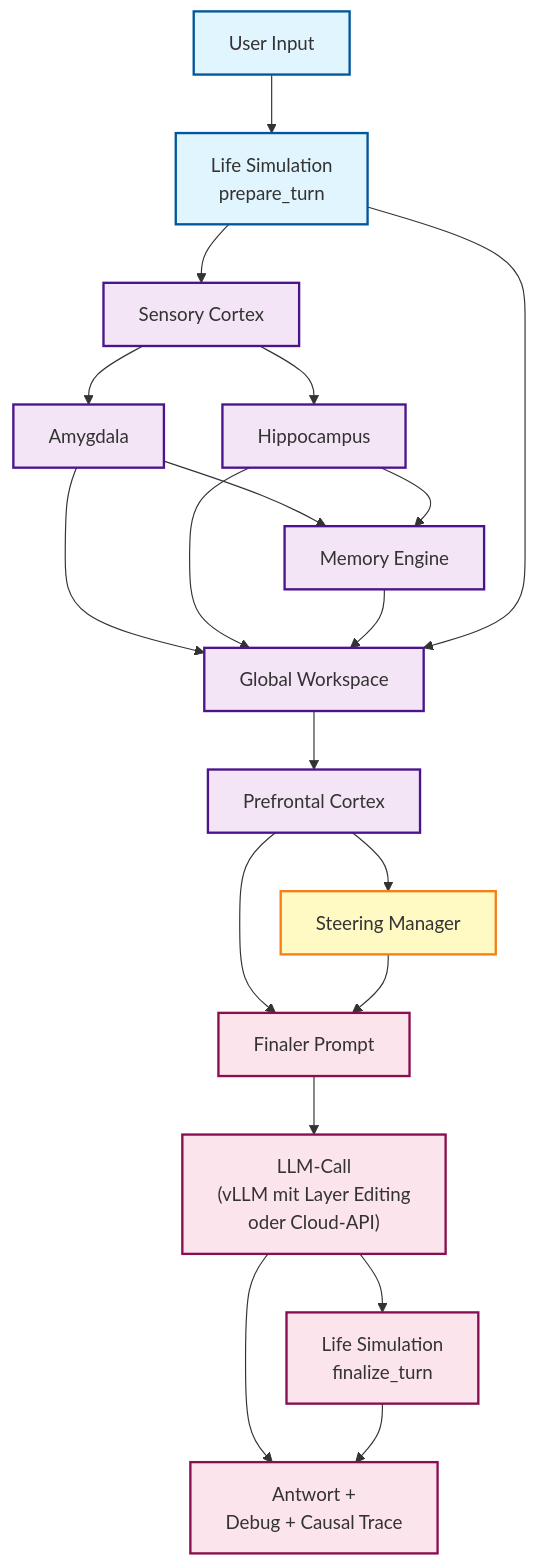
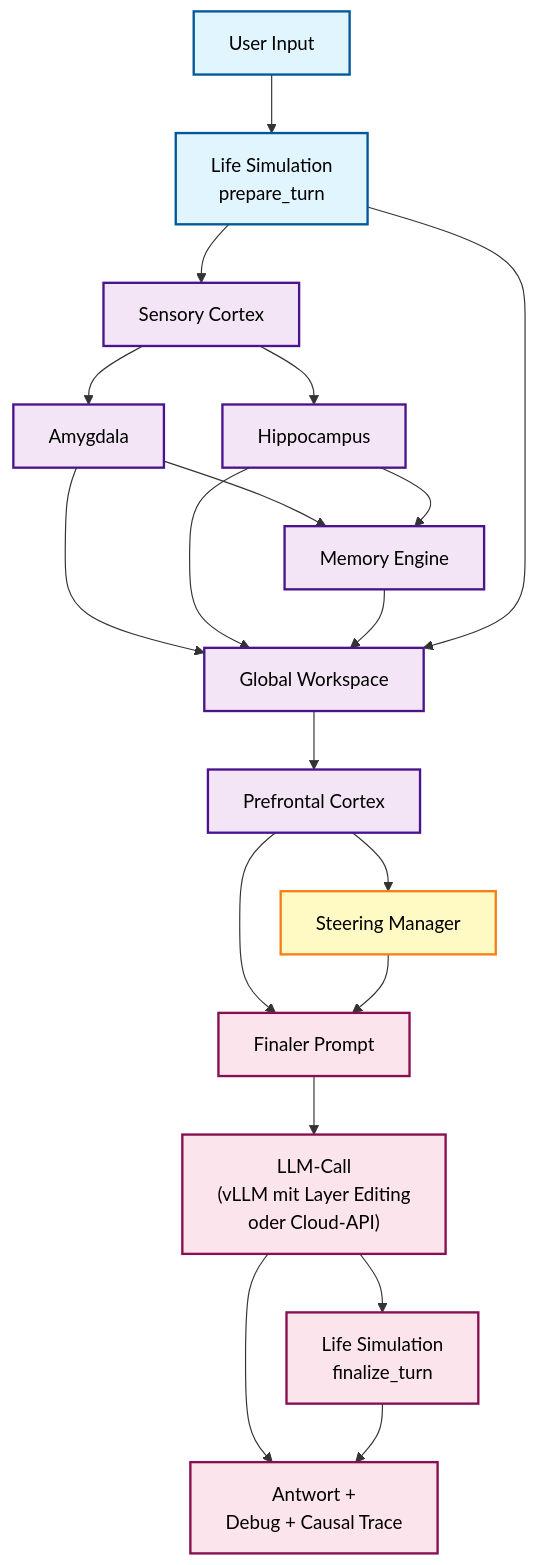
One commit to 017pixel/CHAPPiE changed the first of 2 diagrams in README.md. Above: the diagram before and after it, drawn with Mermaid. The commit also changed other lines of this file, not shown here.

Commit message:
docs: Diagramm-Textfarbe auf Schwarz gesetzt fuer bessere Lesbarkeit

````diff
--- a/README.md
+++ b/README.md
@@ -37,31 +37,31 @@
 ```mermaid
 flowchart TD
     User["User Input"] --> LifePrep["Life Simulation\nprepare_turn"]
     LifePrep --> Sensory["Sensory Cortex"]
     Sensory --> Amygdala["Amygdala"]
     Sensory --> Hippocampus["Hippocampus"]
     Amygdala --> MemoryEngine["Memory Engine"]
     Hippocampus --> MemoryEngine
     Amygdala --> GW["Global Workspace"]
     Hippocampus --> GW
     MemoryEngine --> GW
     LifePrep --> GW
     GW --> Prefrontal["Prefrontal Cortex"]
     Prefrontal --> Steering["Steering Manager"]
     Prefrontal --> FinalPrompt["Finaler Prompt"]
     Steering --> FinalPrompt
     FinalPrompt --> LLM["LLM-Call\n(vLLM mit Layer Editing\noder Cloud-API)"]
     LLM --> LifeFinal["Life Simulation\nfinalize_turn"]
     LLM --> Response["Antwort +\nDebug + Causal Trace"]
     LifeFinal --> Response
 
-    classDef input fill:#e1f5fe,stroke:#01579b,stroke-width:2px
-    classDef brain fill:#f3e5f5,stroke:#4a148c,stroke-width:2px
-    classDef output fill:#fce4ec,stroke:#880e4f,stroke-width:2px
-    classDef steering fill:#fff9c4,stroke:#f57f17,stroke-width:2px
+    classDef input fill:#e1f5fe,stroke:#01579b,stroke-width:2px,color:#000
+    classDef brain fill:#f3e5f5,stroke:#4a148c,stroke-width:2px,color:#000
+    classDef output fill:#fce4ec,stroke:#880e4f,stroke-width:2px,color:#000
+    classDef steering fill:#fff9c4,stroke:#f57f17,stroke-width:2px,color:#000
 
     class User,LifePrep input
     class Sensory,Amygdala,Hippocampus,MemoryEngine,GW,Prefrontal brain
     class FinalPrompt,LLM,LifeFinal,Response output
     class Steering steering
 ```
````
